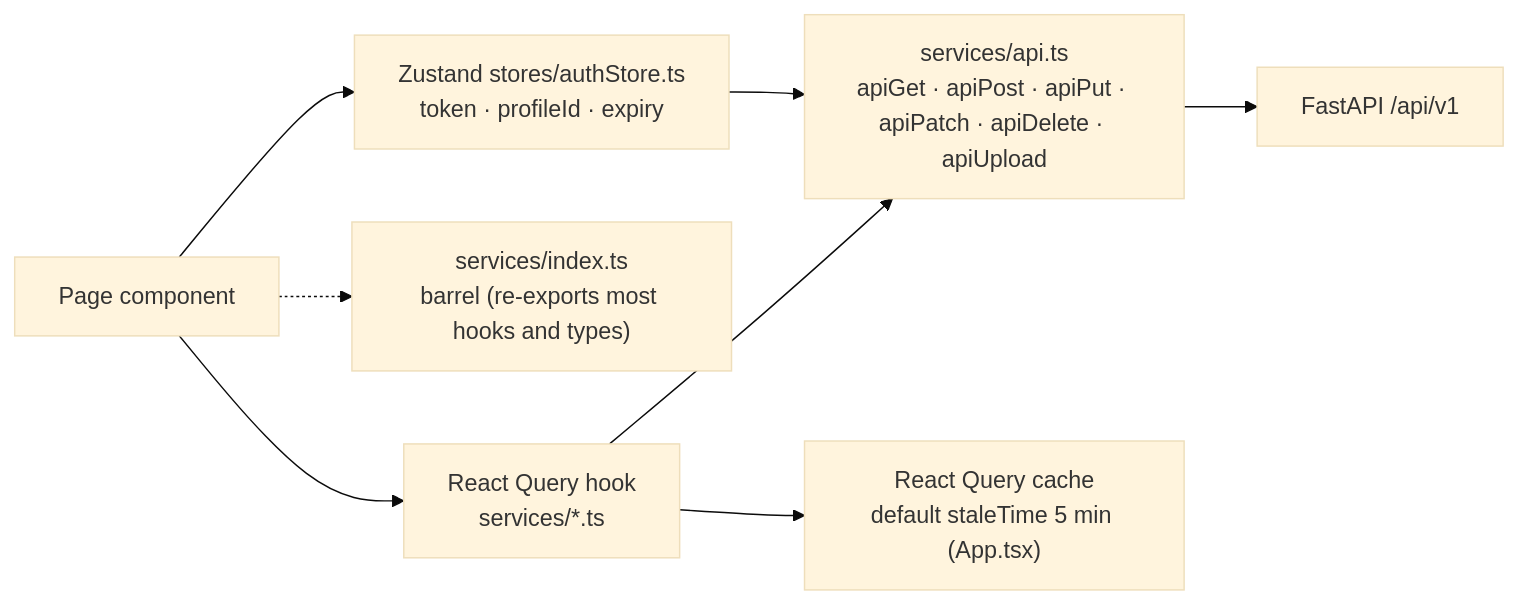
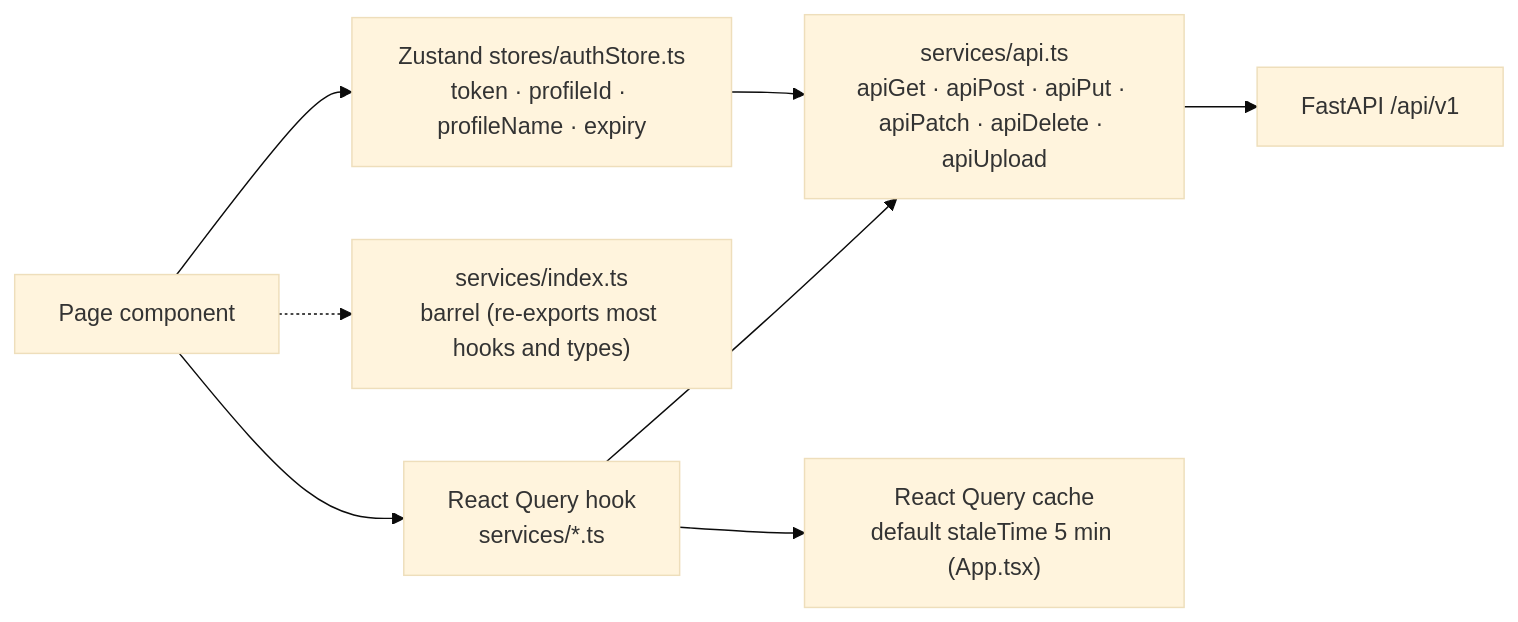
The third of 4 diagrams in docs/architecture/frontend.md (BrooklynD23/HealthCentral), drawn with Mermaid (base theme) before and after one commit. The commit also changed other lines of this file and 6 other files, not shown here.

````diff
--- a/docs/architecture/frontend.md
+++ b/docs/architecture/frontend.md
@@ -111,12 +113,12 @@
 ```mermaid
 flowchart LR
     PAGE["Page component"] --> HOOK["React Query hook<br/>services/*.ts"]
     HOOK --> CLIENT["services/api.ts<br/>apiGet · apiPost · apiPut · apiPatch · apiDelete · apiUpload"]
     CLIENT --> BACKEND["FastAPI /api/v1"]
     PAGE -.-> BARREL["services/index.ts<br/>barrel (re-exports most hooks and types)"]
 
-    PAGE --> STORE["Zustand stores/authStore.ts<br/>token · profileId · expiry"]
+    PAGE --> STORE["Zustand stores/authStore.ts<br/>token · profileId · profileName · expiry"]
     STORE --> CLIENT
 
     HOOK --> CACHE["React Query cache<br/>default staleTime 5 min (App.tsx)"]
 ```
````
